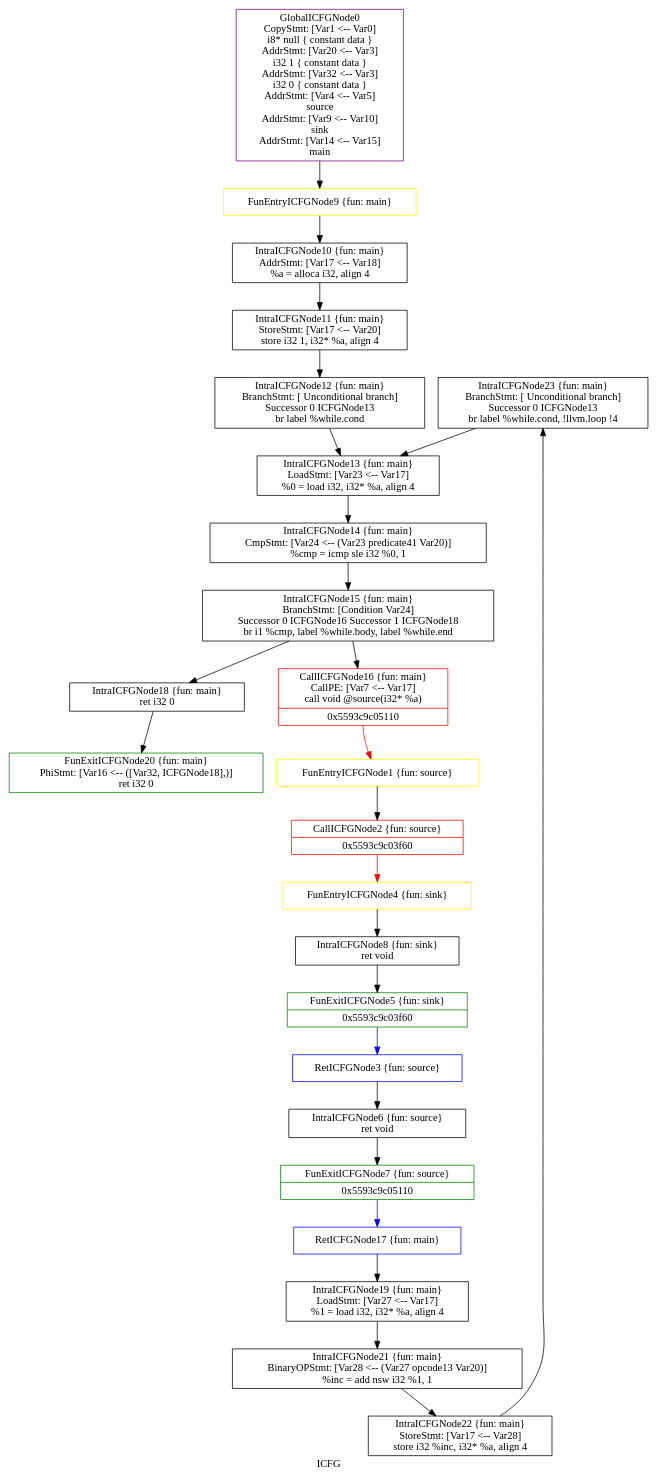
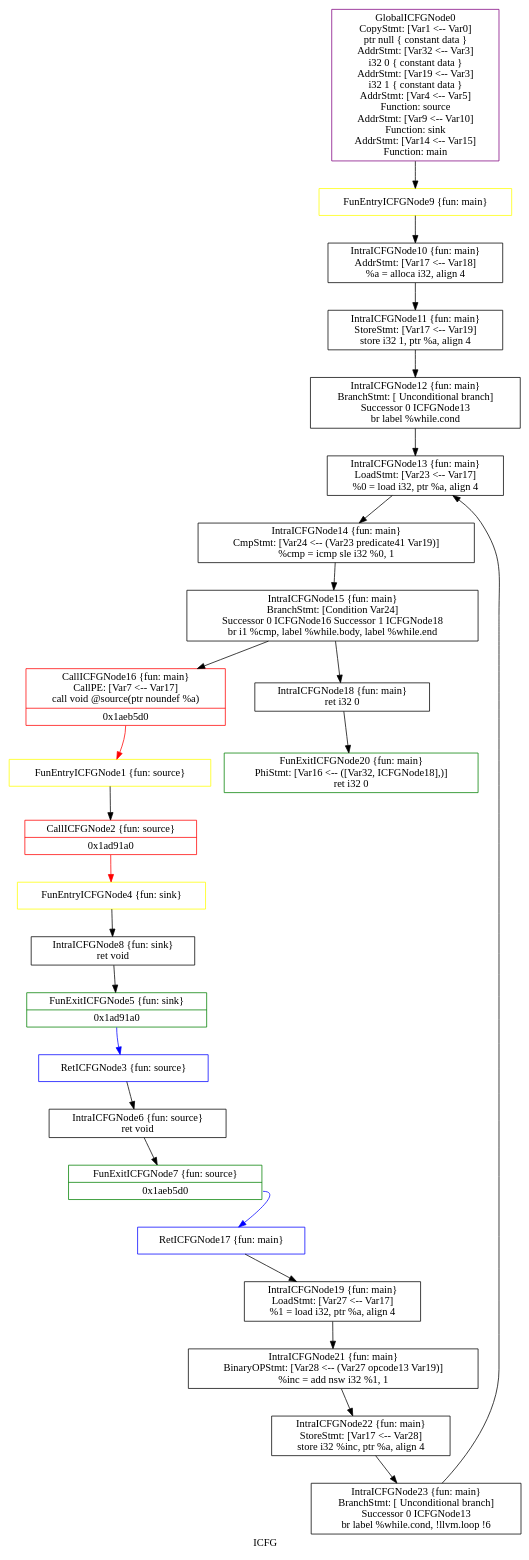
The diagram in Assignment-2/testcase/dot/test1.ll.icfg.dot (SVF-tools/Teaching-Software-Analysis), drawn with Graphviz before and after one commit. The commit also changed 23 other files, not shown here.

```diff
--- a/Assignment-2/testcase/dot/test1.ll.icfg.dot
+++ b/Assignment-2/testcase/dot/test1.ll.icfg.dot
@@ -1,52 +1,52 @@
 digraph "ICFG" {
 	label="ICFG";
 
-	Node0x5593c9c16ff0 [shape=record,color=black,label="{IntraICFGNode23 \{fun: main\}\nBranchStmt: [ Unconditional branch]\nSuccessor 0 ICFGNode13   \n   br label %while.cond, !llvm.loop !4 }"];
-	Node0x5593c9c16ff0 -> Node0x5593c9c15cc0[style=solid];
-	Node0x5593c9c16e10 [shape=record,color=black,label="{IntraICFGNode22 \{fun: main\}\nStoreStmt: [Var17 \<-- Var28]  \n   store i32 %inc, i32* %a, align 4 }"];
-	Node0x5593c9c16e10 -> Node0x5593c9c16ff0[style=solid];
-	Node0x5593c9c16c30 [shape=record,color=black,label="{IntraICFGNode21 \{fun: main\}\nBinaryOPStmt: [Var28 \<-- (Var27 opcode13 Var20)]  \n   %inc = add nsw i32 %1, 1 }"];
-	Node0x5593c9c16c30 -> Node0x5593c9c16e10[style=solid];
-	Node0x5593c9c16a60 [shape=record,color=green,label="{FunExitICFGNode20 \{fun: main\}\nPhiStmt: [Var16 \<-- ([Var32, ICFGNode18],)]  \n   ret i32 0 }"];
-	Node0x5593c9c16880 [shape=record,color=black,label="{IntraICFGNode19 \{fun: main\}\nLoadStmt: [Var27 \<-- Var17]  \n   %1 = load i32, i32* %a, align 4 }"];
-	Node0x5593c9c16880 -> Node0x5593c9c16c30[style=solid];
-	Node0x5593c9c166a0 [shape=record,color=black,label="{IntraICFGNode18 \{fun: main\}\n   ret i32 0 }"];
-	Node0x5593c9c166a0 -> Node0x5593c9c16a60[style=solid];
-	Node0x5593c9c163d0 [shape=record,color=blue,label="{RetICFGNode17 \{fun: main\}}"];
-	Node0x5593c9c163d0 -> Node0x5593c9c16880[style=solid];
-	Node0x5593c9c01c20 [shape=record,color=red,label="{CallICFGNode16 \{fun: main\}\nCallPE: [Var7 \<-- Var17]  \n   call void @source(i32* %a) |{<s0>0x5593c9c05110}}"];
-	Node0x5593c9c01c20:s0 -> Node0x5593c9c05f90[style=solid,color=red];
-	Node0x5593c9c16170 [shape=record,color=black,label="{IntraICFGNode15 \{fun: main\}\nBranchStmt: [Condition Var24]\nSuccessor 0 ICFGNode16   Successor 1 ICFGNode18   \n   br i1 %cmp, label %while.body, label %while.end }"];
-	Node0x5593c9c16170 -> Node0x5593c9c01c20[style=solid];
-	Node0x5593c9c16170 -> Node0x5593c9c166a0[style=solid];
-	Node0x5593c9c15f90 [shape=record,color=black,label="{IntraICFGNode14 \{fun: main\}\nCmpStmt: [Var24 \<-- (Var23 predicate41 Var20)]  \n   %cmp = icmp sle i32 %0, 1 }"];
-	Node0x5593c9c15f90 -> Node0x5593c9c16170[style=solid];
-	Node0x5593c9c15cc0 [shape=record,color=black,label="{IntraICFGNode13 \{fun: main\}\nLoadStmt: [Var23 \<-- Var17]  \n   %0 = load i32, i32* %a, align 4 }"];
-	Node0x5593c9c15cc0 -> Node0x5593c9c15f90[style=solid];
-	Node0x5593c9bffb50 [shape=record,color=purple,label="{GlobalICFGNode0\nCopyStmt: [Var1 \<-- Var0]  \n i8* null \{ constant data \}\nAddrStmt: [Var20 \<-- Var3]  \n i32 1 \{ constant data \}\nAddrStmt: [Var32 \<-- Var3]  \n i32 0 \{ constant data \}\nAddrStmt: [Var4 \<-- Var5]  \n source \nAddrStmt: [Var9 \<-- Var10]  \n sink \nAddrStmt: [Var14 \<-- Var15]  \n main }"];
-	Node0x5593c9bffb50 -> Node0x5593c9c15630[style=solid];
-	Node0x5593c9c05f90 [shape=record,color=yellow,label="{FunEntryICFGNode1 \{fun: source\}}"];
-	Node0x5593c9c05f90 -> Node0x5593c9c00530[style=solid];
-	Node0x5593c9c00530 [shape=record,color=red,label="{CallICFGNode2 \{fun: source\}|{<s0>0x5593c9c03f60}}"];
-	Node0x5593c9c00530:s0 -> Node0x5593c9c14e60[style=solid,color=red];
-	Node0x5593c9c14d20 [shape=record,color=blue,label="{RetICFGNode3 \{fun: source\}}"];
-	Node0x5593c9c14d20 -> Node0x5593c9c151f0[style=solid];
-	Node0x5593c9c14e60 [shape=record,color=yellow,label="{FunEntryICFGNode4 \{fun: sink\}}"];
-	Node0x5593c9c14e60 -> Node0x5593c9c15490[style=solid];
-	Node0x5593c9c14f30 [shape=record,color=green,label="{FunExitICFGNode5 \{fun: sink\}|{<s0>0x5593c9c03f60}}"];
-	Node0x5593c9c14f30:s0 -> Node0x5593c9c14d20[style=solid,color=blue];
-	Node0x5593c9c151f0 [shape=record,color=black,label="{IntraICFGNode6 \{fun: source\}\n   ret void }"];
-	Node0x5593c9c151f0 -> Node0x5593c9c15380[style=solid];
-	Node0x5593c9c15380 [shape=record,color=green,label="{FunExitICFGNode7 \{fun: source\}|{<s0>0x5593c9c05110}}"];
-	Node0x5593c9c15380:s0 -> Node0x5593c9c163d0[style=solid,color=blue];
-	Node0x5593c9c15490 [shape=record,color=black,label="{IntraICFGNode8 \{fun: sink\}\n   ret void }"];
-	Node0x5593c9c15490 -> Node0x5593c9c14f30[style=solid];
-	Node0x5593c9c15630 [shape=record,color=yellow,label="{FunEntryICFGNode9 \{fun: main\}}"];
-	Node0x5593c9c15630 -> Node0x5593c9c15760[style=solid];
-	Node0x5593c9c15760 [shape=record,color=black,label="{IntraICFGNode10 \{fun: main\}\nAddrStmt: [Var17 \<-- Var18]  \n   %a = alloca i32, align 4 }"];
-	Node0x5593c9c15760 -> Node0x5593c9c15920[style=solid];
-	Node0x5593c9c15920 [shape=record,color=black,label="{IntraICFGNode11 \{fun: main\}\nStoreStmt: [Var17 \<-- Var20]  \n   store i32 1, i32* %a, align 4 }"];
-	Node0x5593c9c15920 -> Node0x5593c9c15ae0[style=solid];
-	Node0x5593c9c15ae0 [shape=record,color=black,label="{IntraICFGNode12 \{fun: main\}\nBranchStmt: [ Unconditional branch]\nSuccessor 0 ICFGNode13   \n   br label %while.cond }"];
-	Node0x5593c9c15ae0 -> Node0x5593c9c15cc0[style=solid];
+	Node0x1ad97f0 [shape=record,color=purple,label="{GlobalICFGNode0\nCopyStmt: [Var1 \<-- Var0]  \n ptr null \{ constant data \}\nAddrStmt: [Var32 \<-- Var3]  \n i32 0 \{ constant data \}\nAddrStmt: [Var19 \<-- Var3]  \n i32 1 \{ constant data \}\nAddrStmt: [Var4 \<-- Var5]  \nFunction: source \nAddrStmt: [Var9 \<-- Var10]  \nFunction: sink \nAddrStmt: [Var14 \<-- Var15]  \nFunction: main }"];
+	Node0x1ad97f0 -> Node0x1a52f60[style=solid];
+	Node0x1a623c0 [shape=record,color=yellow,label="{FunEntryICFGNode1 \{fun: source\}}"];
+	Node0x1a623c0 -> Node0x1a65c80[style=solid];
+	Node0x1a65c80 [shape=record,color=red,label="{CallICFGNode2 \{fun: source\}|{<s0>0x1ad91a0}}"];
+	Node0x1a65c80:s0 -> Node0x1a58b10[style=solid,color=red];
+	Node0x1a60360 [shape=record,color=blue,label="{RetICFGNode3 \{fun: source\}}"];
+	Node0x1a60360 -> Node0x1acb6c0[style=solid];
+	Node0x1a58b10 [shape=record,color=yellow,label="{FunEntryICFGNode4 \{fun: sink\}}"];
+	Node0x1a58b10 -> Node0x1aeae20[style=solid];
+	Node0x1ad9d60 [shape=record,color=green,label="{FunExitICFGNode5 \{fun: sink\}|{<s0>0x1ad91a0}}"];
+	Node0x1ad9d60:s0 -> Node0x1a60360[style=solid,color=blue];
+	Node0x1acb6c0 [shape=record,color=black,label="{IntraICFGNode6 \{fun: source\}\n   ret void }"];
+	Node0x1acb6c0 -> Node0x1aa1d20[style=solid];
+	Node0x1aa1d20 [shape=record,color=green,label="{FunExitICFGNode7 \{fun: source\}|{<s0>0x1aeb5d0}}"];
+	Node0x1aa1d20:s0 -> Node0x1a7a650[style=solid,color=blue];
+	Node0x1aeae20 [shape=record,color=black,label="{IntraICFGNode8 \{fun: sink\}\n   ret void }"];
+	Node0x1aeae20 -> Node0x1ad9d60[style=solid];
+	Node0x1a52f60 [shape=record,color=yellow,label="{FunEntryICFGNode9 \{fun: main\}}"];
+	Node0x1a52f60 -> Node0x1a9d210[style=solid];
+	Node0x1a9d210 [shape=record,color=black,label="{IntraICFGNode10 \{fun: main\}\nAddrStmt: [Var17 \<-- Var18]  \n   %a = alloca i32, align 4 }"];
+	Node0x1a9d210 -> Node0x1a70370[style=solid];
+	Node0x1a70370 [shape=record,color=black,label="{IntraICFGNode11 \{fun: main\}\nStoreStmt: [Var17 \<-- Var19]  \n   store i32 1, ptr %a, align 4 }"];
+	Node0x1a70370 -> Node0x1a56230[style=solid];
+	Node0x1a56230 [shape=record,color=black,label="{IntraICFGNode12 \{fun: main\}\nBranchStmt: [ Unconditional branch]\nSuccessor 0 ICFGNode13   \n   br label %while.cond }"];
+	Node0x1a56230 -> Node0x1a73420[style=solid];
+	Node0x1a73420 [shape=record,color=black,label="{IntraICFGNode13 \{fun: main\}\nLoadStmt: [Var23 \<-- Var17]  \n   %0 = load i32, ptr %a, align 4 }"];
+	Node0x1a73420 -> Node0x1ad4db0[style=solid];
+	Node0x1ad4db0 [shape=record,color=black,label="{IntraICFGNode14 \{fun: main\}\nCmpStmt: [Var24 \<-- (Var23 predicate41 Var19)]  \n   %cmp = icmp sle i32 %0, 1 }"];
+	Node0x1ad4db0 -> Node0x1ae28a0[style=solid];
+	Node0x1ae28a0 [shape=record,color=black,label="{IntraICFGNode15 \{fun: main\}\nBranchStmt: [Condition Var24]\nSuccessor 0 ICFGNode16   Successor 1 ICFGNode18   \n   br i1 %cmp, label %while.body, label %while.end }"];
+	Node0x1ae28a0 -> Node0x1a992d0[style=solid];
+	Node0x1ae28a0 -> Node0x1ad4010[style=solid];
+	Node0x1a992d0 [shape=record,color=red,label="{CallICFGNode16 \{fun: main\}\nCallPE: [Var7 \<-- Var17]  \n   call void @source(ptr noundef %a) |{<s0>0x1aeb5d0}}"];
+	Node0x1a992d0:s0 -> Node0x1a623c0[style=solid,color=red];
+	Node0x1a7a650 [shape=record,color=blue,label="{RetICFGNode17 \{fun: main\}}"];
+	Node0x1a7a650 -> Node0x1ae4680[style=solid];
+	Node0x1ad4010 [shape=record,color=black,label="{IntraICFGNode18 \{fun: main\}\n   ret i32 0 }"];
+	Node0x1ad4010 -> Node0x1a85d20[style=solid];
+	Node0x1ae4680 [shape=record,color=black,label="{IntraICFGNode19 \{fun: main\}\nLoadStmt: [Var27 \<-- Var17]  \n   %1 = load i32, ptr %a, align 4 }"];
+	Node0x1ae4680 -> Node0x1a85620[style=solid];
+	Node0x1a85d20 [shape=record,color=green,label="{FunExitICFGNode20 \{fun: main\}\nPhiStmt: [Var16 \<-- ([Var32, ICFGNode18],)]  \n   ret i32 0 }"];
+	Node0x1a85620 [shape=record,color=black,label="{IntraICFGNode21 \{fun: main\}\nBinaryOPStmt: [Var28 \<-- (Var27 opcode13 Var19)]  \n   %inc = add nsw i32 %1, 1 }"];
+	Node0x1a85620 -> Node0x1ae2040[style=solid];
+	Node0x1ae2040 [shape=record,color=black,label="{IntraICFGNode22 \{fun: main\}\nStoreStmt: [Var17 \<-- Var28]  \n   store i32 %inc, ptr %a, align 4 }"];
+	Node0x1ae2040 -> Node0x1a6a460[style=solid];
+	Node0x1a6a460 [shape=record,color=black,label="{IntraICFGNode23 \{fun: main\}\nBranchStmt: [ Unconditional branch]\nSuccessor 0 ICFGNode13   \n   br label %while.cond, !llvm.loop !6 }"];
+	Node0x1a6a460 -> Node0x1a73420[style=solid];
 }
```
